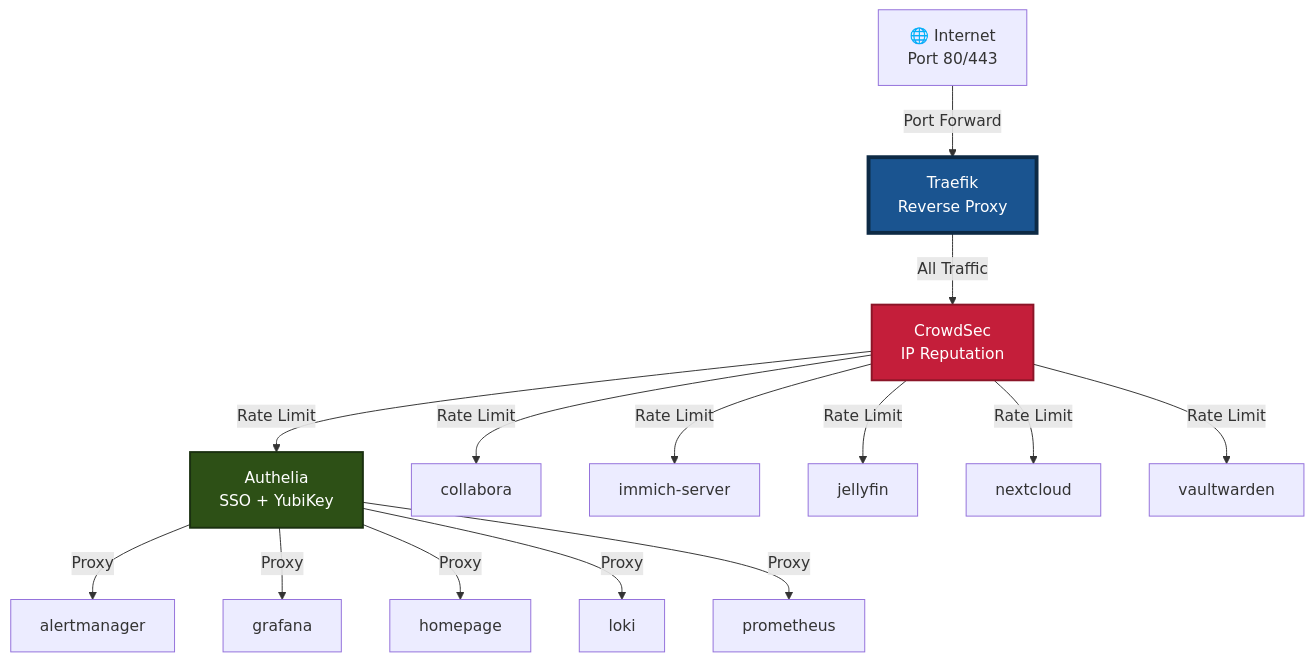
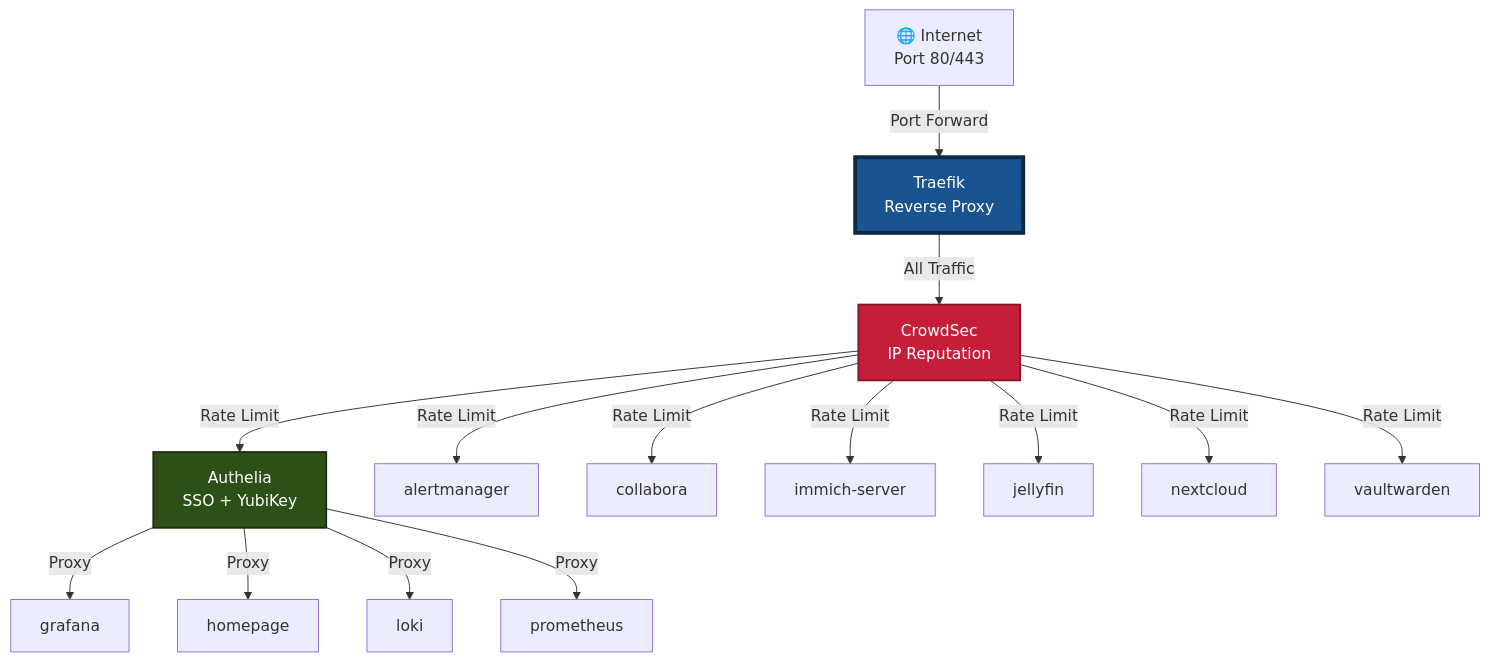
Before and after one commit to vonrobak/fedora-homelab-containers: the first of 3 diagrams in docs/AUTO-NETWORK-TOPOLOGY.md, drawn with Mermaid. The commit also changed other lines of this file and 5 other files, not shown here.

````diff
--- a/docs/AUTO-NETWORK-TOPOLOGY.md
+++ b/docs/AUTO-NETWORK-TOPOLOGY.md
@@ -14,28 +14,28 @@
 ```mermaid
 graph TB
     Internet[🌐 Internet<br/>Port 80/443]
     Internet -->|Port Forward| Traefik[Traefik<br/>Reverse Proxy]
 
     %% All traffic goes through CrowdSec first
     Traefik -->|All Traffic| CrowdSec[CrowdSec<br/>IP Reputation]
 
     %% Services requiring Authelia SSO
     CrowdSec -->|Rate Limit| Authelia[Authelia<br/>SSO + YubiKey]
-    Authelia -->|Proxy| alertmanager[alertmanager]
     Authelia -->|Proxy| grafana[grafana]
     Authelia -->|Proxy| homepage[homepage]
     Authelia -->|Proxy| loki[loki]
     Authelia -->|Proxy| prometheus[prometheus]
 
     %% Services with native authentication (bypass Authelia)
+    CrowdSec -->|Rate Limit| alertmanager[alertmanager]
     CrowdSec -->|Rate Limit| collabora[collabora]
     CrowdSec -->|Rate Limit| immich_server[immich-server]
     CrowdSec -->|Rate Limit| jellyfin[jellyfin]
     CrowdSec -->|Rate Limit| nextcloud[nextcloud]
     CrowdSec -->|Rate Limit| vaultwarden[vaultwarden]
 
     %% Styling
     style Traefik fill:#1a5490,stroke:#0d2a45,stroke-width:4px,color:#fff
     style CrowdSec fill:#c41e3a,stroke:#8b1528,stroke-width:2px,color:#fff
     style Authelia fill:#2d5016,stroke:#1a3010,stroke-width:2px,color:#fff
 ```
````
